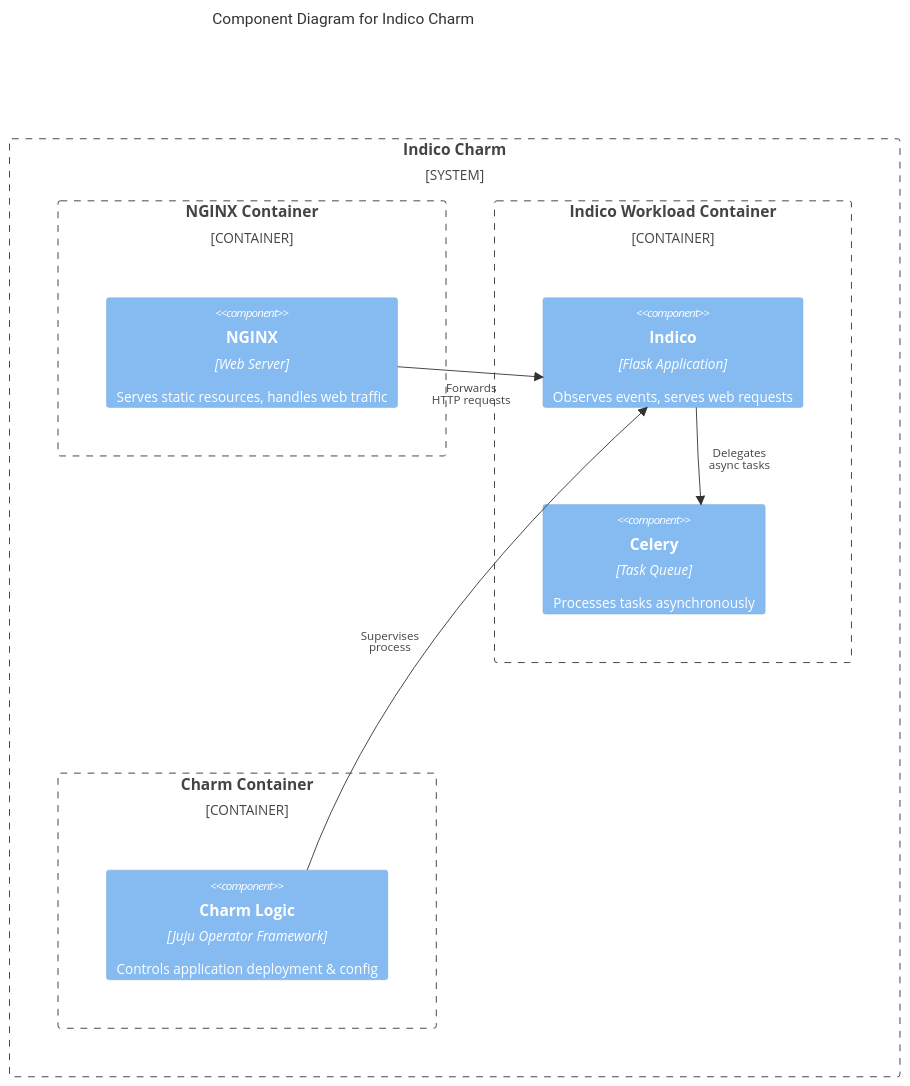
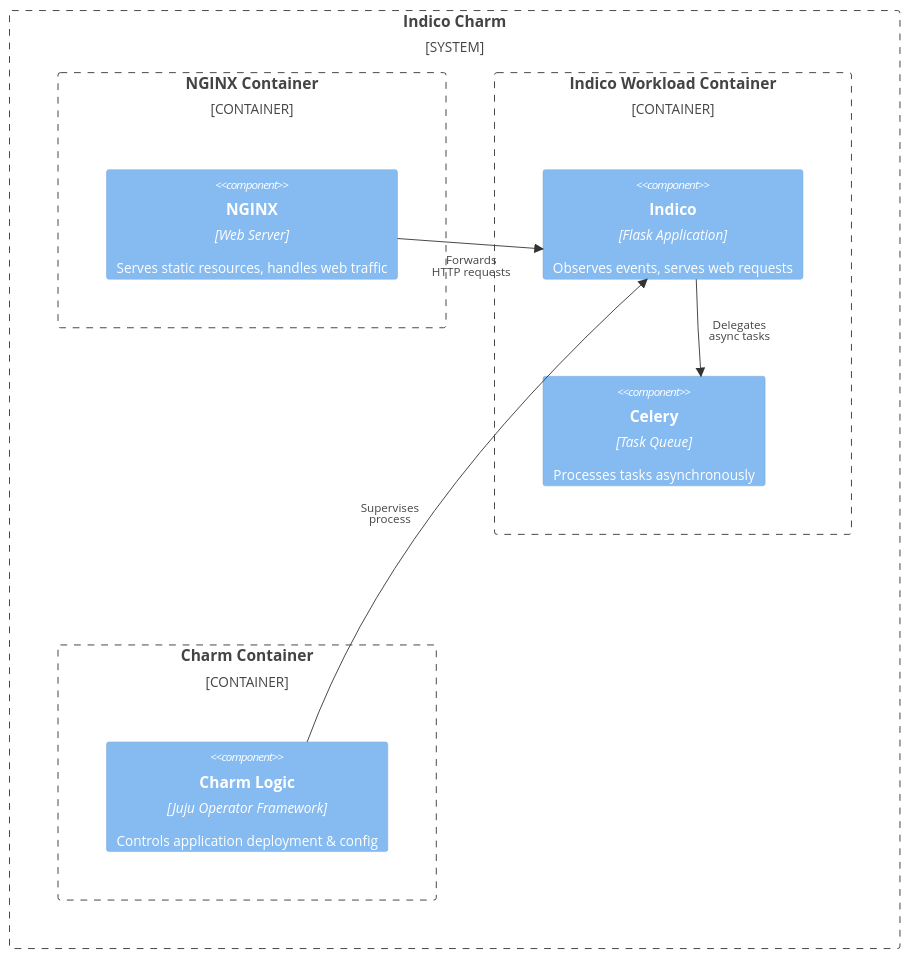
Before and after one commit to canonical/indico-operator: the diagram in docs/explanation/charm-architecture.md, drawn with Mermaid. The commit also changed 1 other file, not shown here.

Commit message:
Add architecture diagram

````diff
--- a/docs/explanation/charm-architecture.md
+++ b/docs/explanation/charm-architecture.md
@@ -9,29 +9,28 @@
 ```mermaid
 C4Container
-title Component Diagram for Indico Charm
 
 System_Boundary(indicocharm, "Indico Charm") {
     Container_Boundary(nginx_container, "NGINX Container") {
         Component(nginx, "NGINX", "Web Server", "Serves static resources, handles web traffic")
     }
     
     Container_Boundary(indico_container, "Indico Workload Container") {
         Component(indico_core, "Indico", "Flask Application", "Observes events, serves web requests")
         Component(celery, "Celery", "Task Queue", "Processes tasks asynchronously")
     }
 
     Container_Boundary(charm_container, "Charm Container") {
         Component(charm_logic, "Charm Logic", "Juju Operator Framework", "Controls application deployment & config")
     }
 }
 
 Rel(nginx, indico_core, "Forwards<br>HTTP requests")
 Rel(indico_core, celery, "Delegates<br>async tasks")
 Rel(charm_logic, indico_core, "Supervises<br>process")
 
 UpdateRelStyle(nginx, indico_core, $offsetX="-40", $offsetY="20")
 UpdateRelStyle(indico_core, celery, $offsetX="10")
 UpdateRelStyle(charm_logic, indico_core, $offsetX="-120")
 
 
 ```
````
